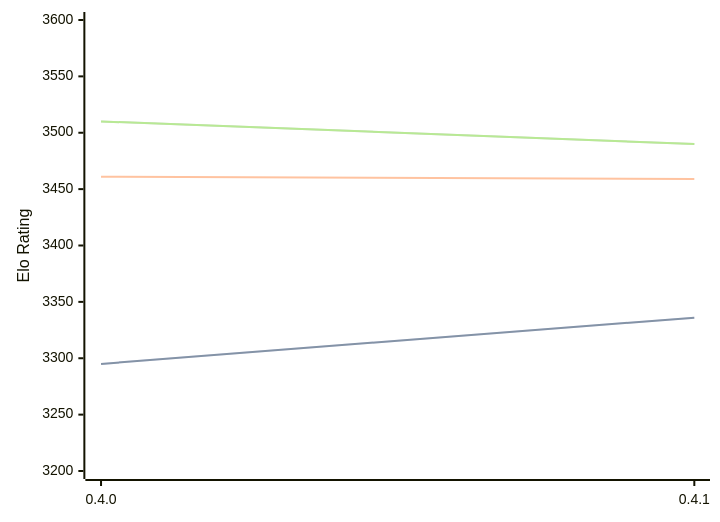
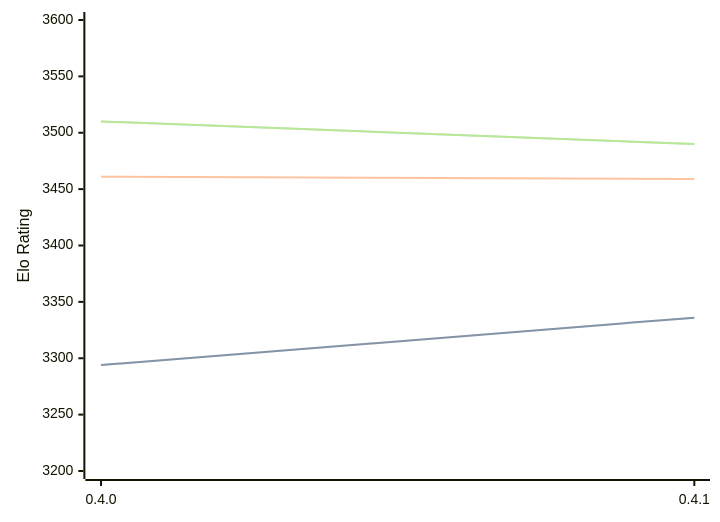
The third of 3 diagrams in engines/Cinder.md (computer-chess-index/cci), drawn with Mermaid before and after one commit. The commit also changed other lines of this file, not shown here.

````diff
--- a/engines/Cinder.md
+++ b/engines/Cinder.md
@@ -73,11 +73,11 @@
 ```mermaid
 %%{init: {"theme":"base","themeVariables":{"seriesColors:['#a3a3a3','#222221','#faa371']}}}%%
 xychart-beta
   x-axis ["0.4.0", "0.4.1"]
   y-axis "Elo Rating" 3200 --> 3600
-  line "STC (8.0+0.08s)" [3295, 3336]
-  line "STC (8.0+0.08s)" [3295, 3336]
+  line "STC (8.0+0.08s)" [3294, 3336]
+  line "STC (8.0+0.08s)" [3294, 3336]
   line "LTC (60.0+0.60s)" [3461, 3459]
   line "VLTC (2m24s+1.12s)" [3510, 3490]
   line "VLTC (2m24s+1.12s)" [3510, 3490]
 ```
````
